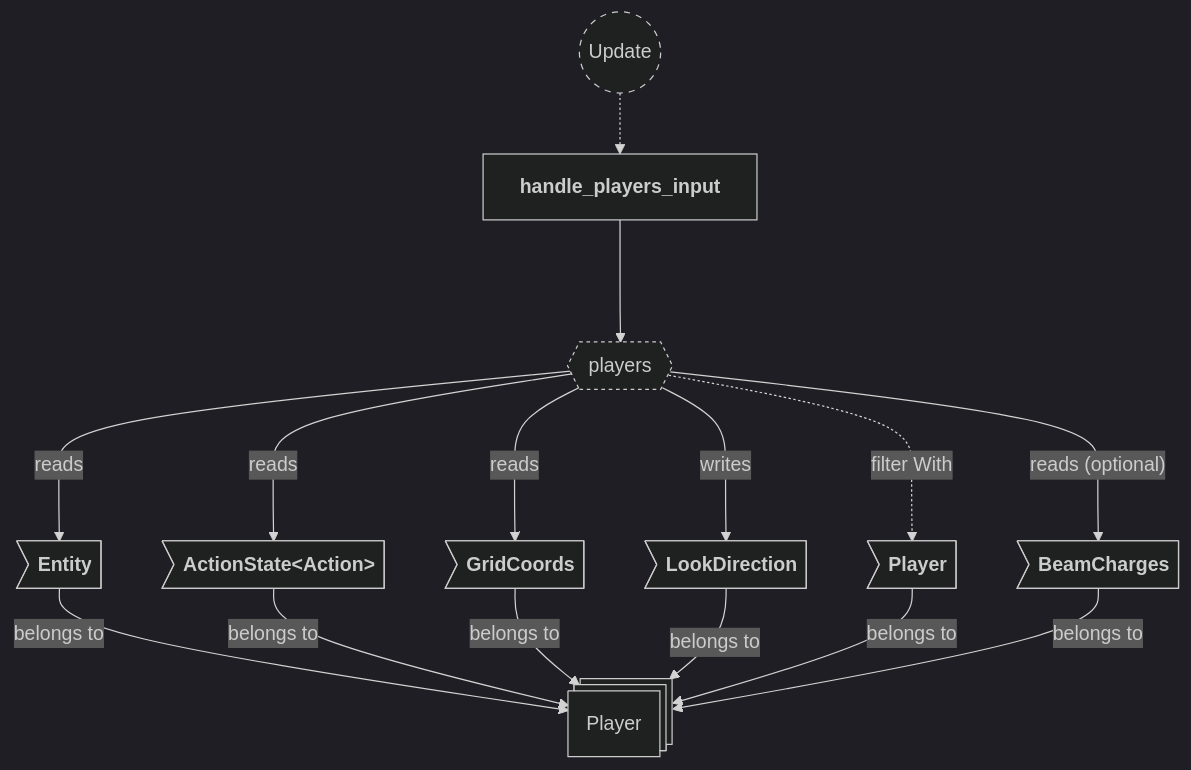
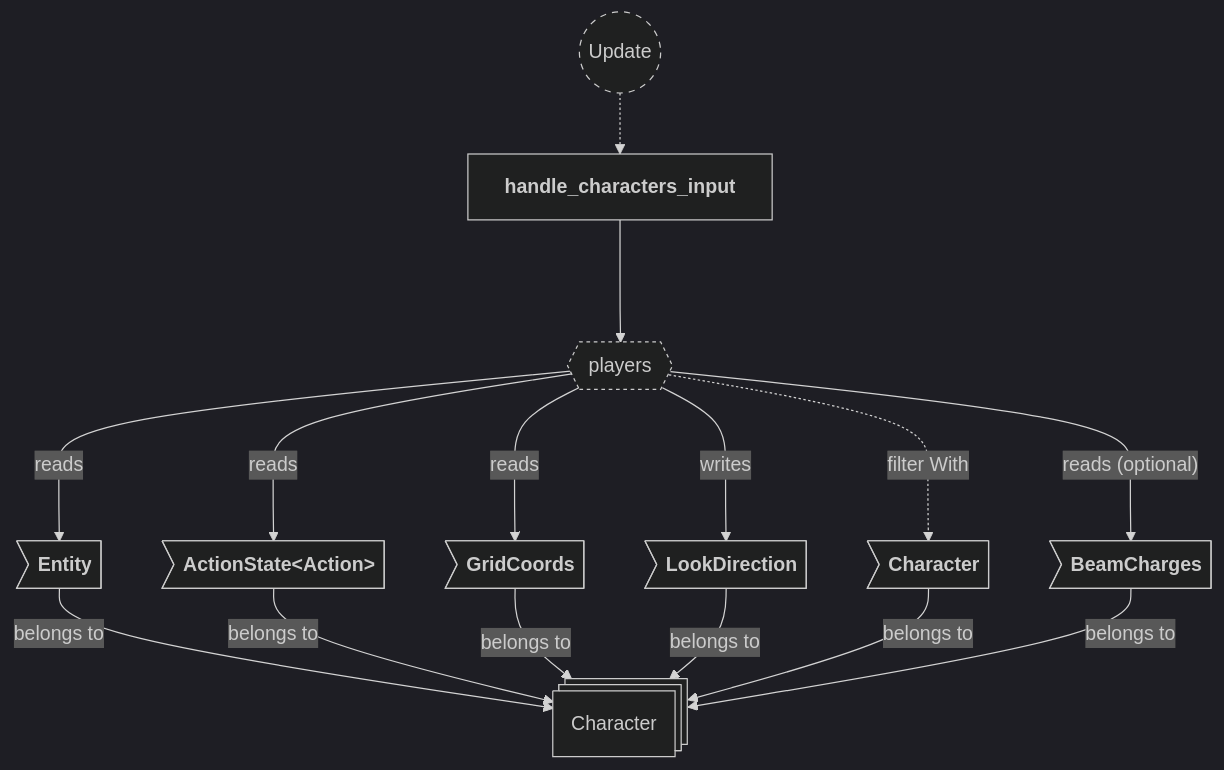
One commit to neurosoup/tyled changed the fourth of 6 diagrams in backlog/docs/doc-2 - 002-Input-plugin.md. Above: the diagram before and after it, drawn with Mermaid. The commit also changed other lines of this file and 7 other files, not shown here.

First line of the commit message:
Docs: update all plugin docs for Character marker, BeamCharges rework, and digit animation systems

````diff
--- a/backlog/docs/doc-2 - 002-Input-plugin.md
+++ b/backlog/docs/doc-2 - 002-Input-plugin.md
@@ -139,34 +144,34 @@
 ```mermaid
 ---
 config:
   theme: dark
 ---
 
 flowchart TD
 classDef system-group stroke-dasharray: 5 5
 classDef query stroke-dasharray: 3 3
 
 update(("`Update`")):::system-group
-handle_players_input["`**handle_players_input**`"]
+handle_characters_input["`**handle_characters_input**`"]
 
-update -.-> handle_players_input
+update -.-> handle_characters_input
 
 players_query{{"`players`"}}:::query
-handle_players_input ---> players_query
+handle_characters_input ---> players_query
 
-player_entity@{ shape: st-rect, label: "Player" }
+character_entity@{ shape: st-rect, label: "Character" }
 
-pe_entity>"`**Entity**`"] --> |belongs to| player_entity
-pe_action_state>"`**ActionState#60;Action#62;**`"] --> |belongs to| player_entity
-pe_grid_coords>"`**GridCoords**`"] --> |belongs to| player_entity
-pe_look_direction>"`**LookDirection**`"] --> |belongs to| player_entity
-pe_player>"`**Player**`"] --> |belongs to| player_entity
-pe_beam_charges>"`**BeamCharges**`"] --> |belongs to| player_entity
+pe_entity>"`**Entity**`"] --> |belongs to| character_entity
+pe_action_state>"`**ActionState#60;Action#62;**`"] --> |belongs to| character_entity
+pe_grid_coords>"`**GridCoords**`"] --> |belongs to| character_entity
+pe_look_direction>"`**LookDirection**`"] --> |belongs to| character_entity
+pe_character>"`**Character**`"] --> |belongs to| character_entity
+pe_beam_charges>"`**BeamCharges**`"] --> |belongs to| character_entity
 
 players_query ---> |reads| pe_entity
 players_query ---> |reads| pe_action_state
 players_query ---> |reads| pe_grid_coords
 players_query ---> |writes| pe_look_direction
 players_query ---> |"reads (optional)"| pe_beam_charges
-players_query -..-> |filter With| pe_player
+players_query -..-> |filter With| pe_character
 ```
````
